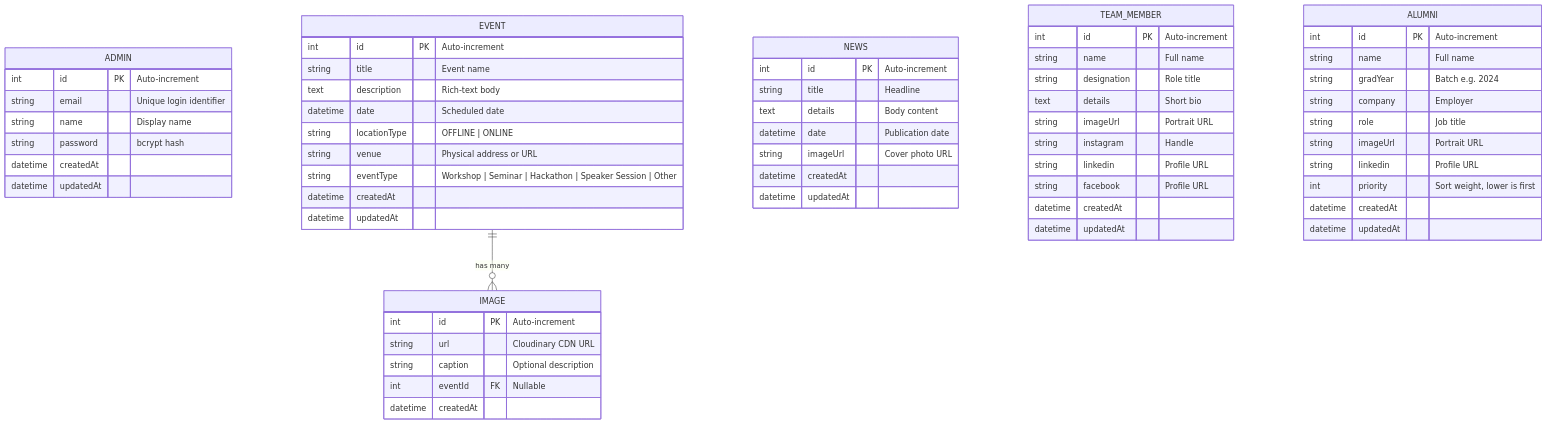
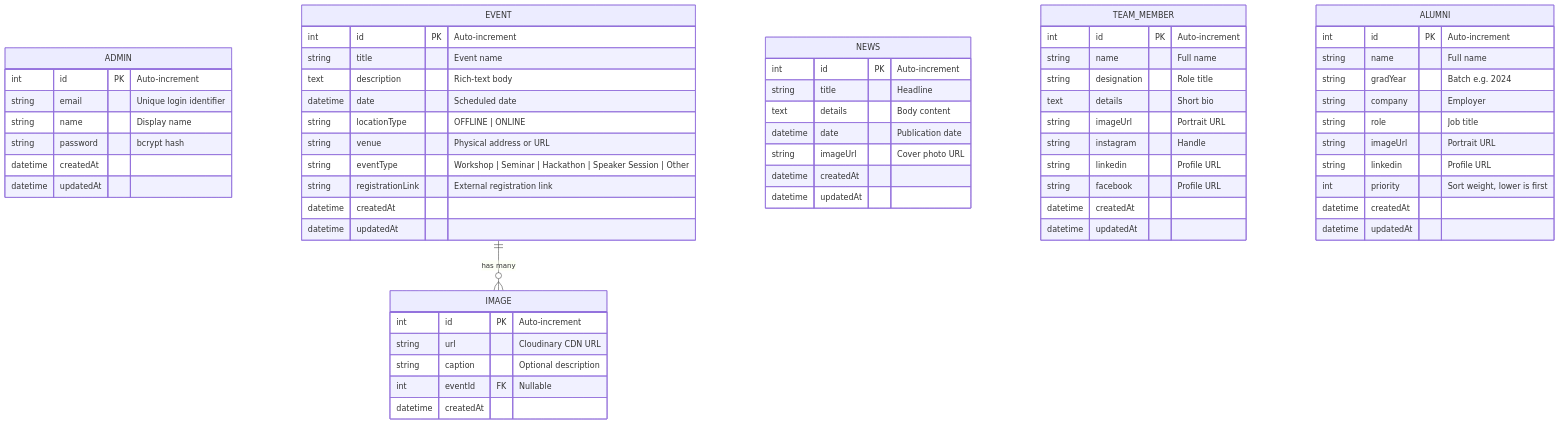
Before and after one commit to Abubakkar-Khan/css_iiui: the second of 8 diagrams in README.md, drawn with Mermaid. The commit also changed other lines of this file and 1 other file, not shown here.

Commit message:
Update README to document database initialization script and pure PostgreSQL raw SQL connection decisions, removing all Prisma and NextAuth documentation, and adding registrationLink to ERD diagram

````diff
--- a/README.md
+++ b/README.md
@@ -124,69 +122,70 @@
 ```mermaid
 erDiagram
     ADMIN {
         int id PK "Auto-increment"
         string email "Unique login identifier"
         string name "Display name"
         string password "bcrypt hash"
         datetime createdAt
         datetime updatedAt
     }
 
     EVENT {
         int id PK "Auto-increment"
         string title "Event name"
         text description "Rich-text body"
         datetime date "Scheduled date"
         string locationType "OFFLINE | ONLINE"
         string venue "Physical address or URL"
         string eventType "Workshop | Seminar | Hackathon | Speaker Session | Other"
+        string registrationLink "External registration link"
         datetime createdAt
         datetime updatedAt
     }
 
     IMAGE {
         int id PK "Auto-increment"
         string url "Cloudinary CDN URL"
         string caption "Optional description"
         int eventId FK "Nullable"
         datetime createdAt
     }
 
     NEWS {
         int id PK "Auto-increment"
         string title "Headline"
         text details "Body content"
         datetime date "Publication date"
         string imageUrl "Cover photo URL"
         datetime createdAt
         datetime updatedAt
     }
 
     TEAM_MEMBER {
         int id PK "Auto-increment"
         string name "Full name"
         string designation "Role title"
         text details "Short bio"
         string imageUrl "Portrait URL"
         string instagram "Handle"
         string linkedin "Profile URL"
         string facebook "Profile URL"
         datetime createdAt
         datetime updatedAt
     }
 
     ALUMNI {
         int id PK "Auto-increment"
         string name "Full name"
         string gradYear "Batch e.g. 2024"
         string company "Employer"
         string role "Job title"
         string imageUrl "Portrait URL"
         string linkedin "Profile URL"
         int priority "Sort weight, lower is first"
         datetime createdAt
         datetime updatedAt
     }
 
     EVENT ||--o{ IMAGE : "has many"
 ```
````
